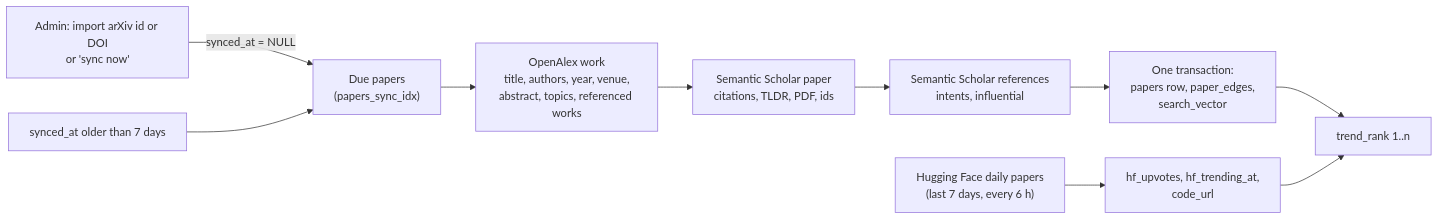
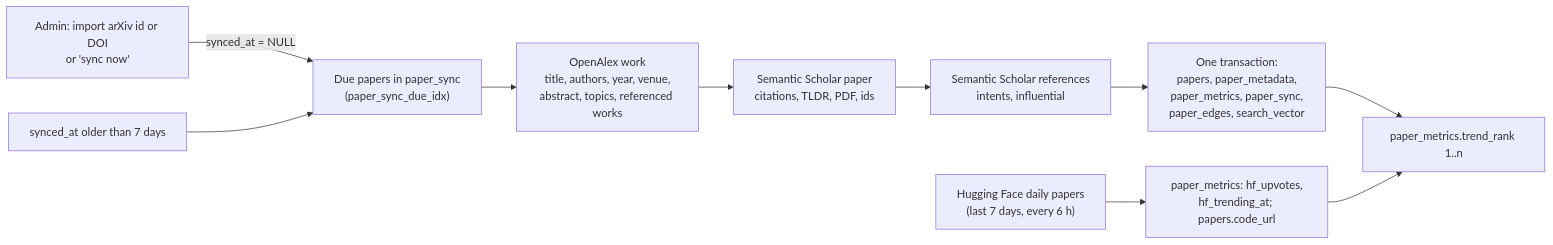
Before and after one commit to A-Piyas-04/doshomik-bytes: the fourth of 5 diagrams in docs/architecture/backend-architecture.md, drawn with Mermaid. The commit also changed other lines of this file and 31 other files, not shown here.

````diff
--- a/docs/architecture/backend-architecture.md
+++ b/docs/architecture/backend-architecture.md
@@ -279,12 +279,12 @@
 ```mermaid
 flowchart LR
     import["Admin: import arXiv id or DOI<br/>or 'sync now'"] -->|"synced_at = NULL"| due
     stale["synced_at older than 7 days"] --> due
-    due["Due papers<br/>(papers_sync_idx)"] --> oa["OpenAlex work<br/>title, authors, year, venue,<br/>abstract, topics, referenced works"]
+    due["Due papers in paper_sync<br/>(paper_sync_due_idx)"] --> oa["OpenAlex work<br/>title, authors, year, venue,<br/>abstract, topics, referenced works"]
     oa --> s2["Semantic Scholar paper<br/>citations, TLDR, PDF, ids"]
     s2 --> refs["Semantic Scholar references<br/>intents, influential"]
-    refs --> tx["One transaction:<br/>papers row, paper_edges,<br/>search_vector"]
-    hf["Hugging Face daily papers<br/>(last 7 days, every 6 h)"] --> trend["hf_upvotes, hf_trending_at,<br/>code_url"]
-    tx --> rank["trend_rank 1..n"]
+    refs --> tx["One transaction:<br/>papers, paper_metadata,<br/>paper_metrics, paper_sync,<br/>paper_edges, search_vector"]
+    hf["Hugging Face daily papers<br/>(last 7 days, every 6 h)"] --> trend["paper_metrics: hf_upvotes,<br/>hf_trending_at; papers.code_url"]
+    tx --> rank["paper_metrics.trend_rank 1..n"]
     trend --> rank
 ```
````
